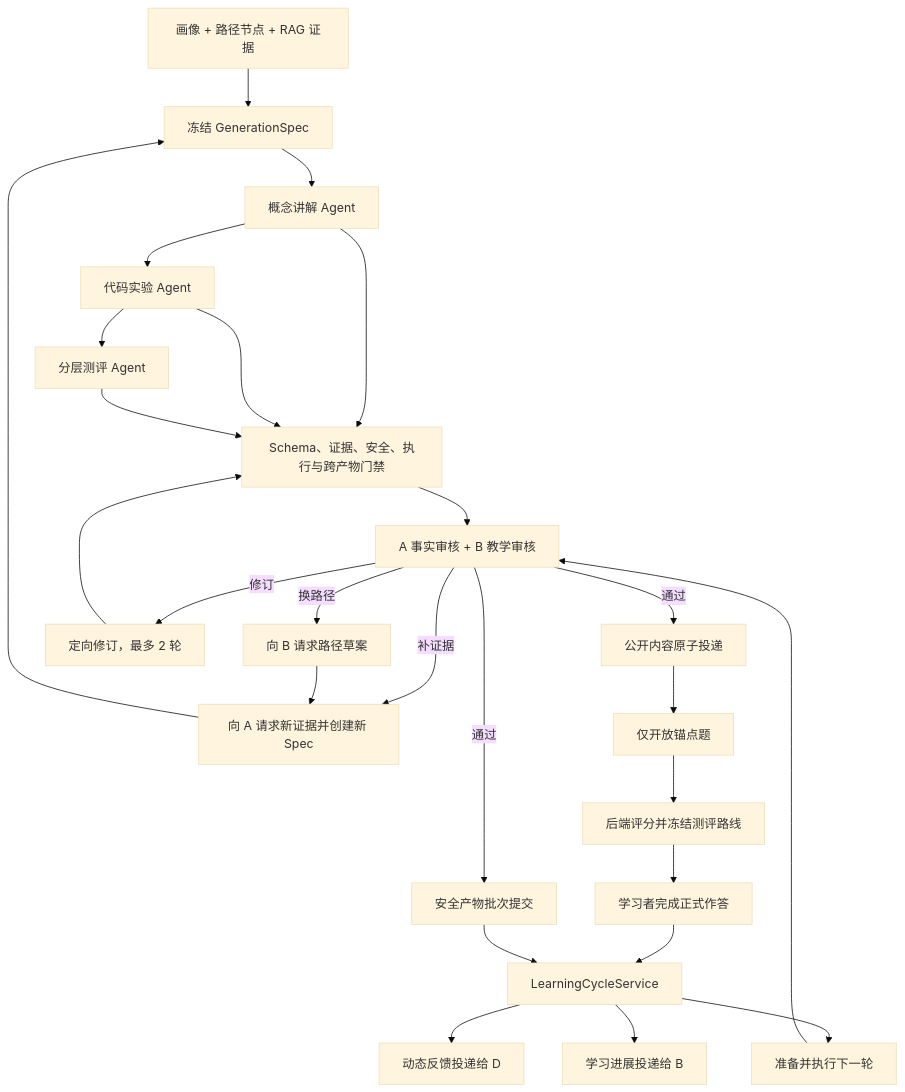
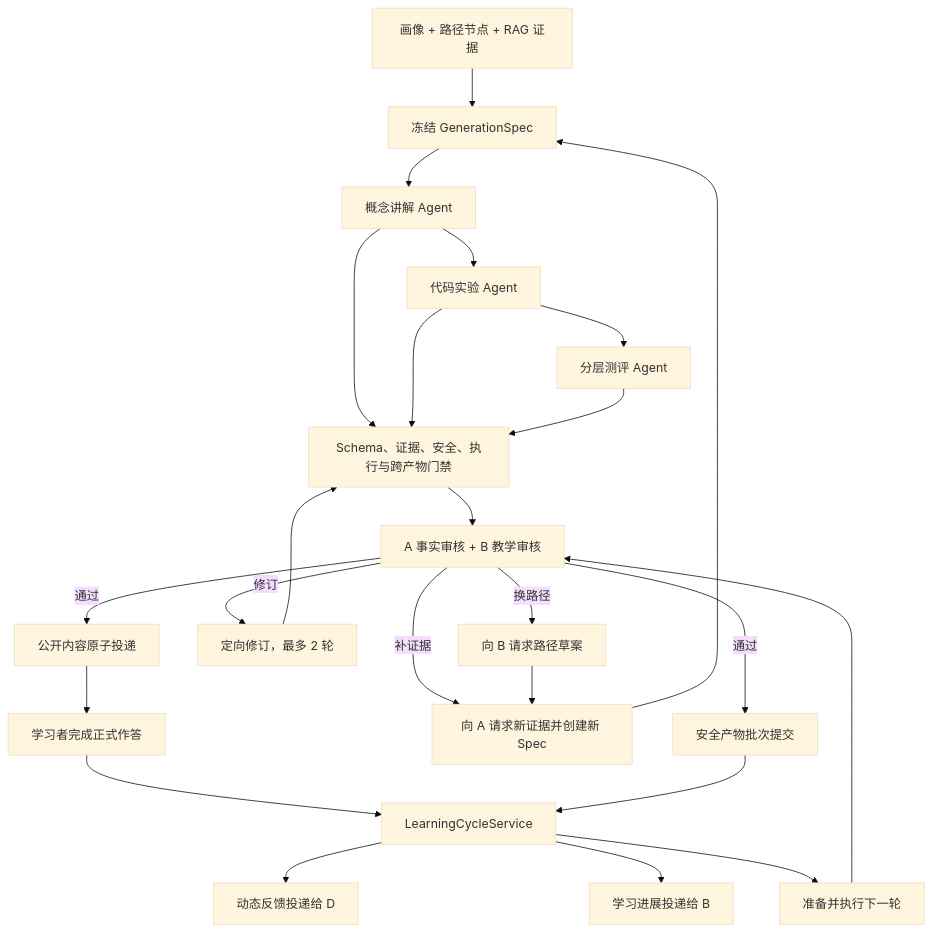
The diagram in docs/role_c_design.md (ZilaiWang/jiebang), drawn with Mermaid (base theme) before and after one commit. The commit also changed other lines of this file and 87 other files, not shown here.

````diff
--- a/docs/role_c_design.md
+++ b/docs/role_c_design.md
@@ -32,28 +45,26 @@
 ```mermaid
 flowchart TD
     I["画像 + 路径节点 + RAG 证据"] --> S["冻结 GenerationSpec"]
     S --> C1["概念讲解 Agent"]
     C1 --> C2["代码实验 Agent"]
     C2 --> C3["分层测评 Agent"]
     C1 --> V["Schema、证据、安全、执行与跨产物门禁"]
     C2 --> V
     C3 --> V
     V --> AB["A 事实审核 + B 教学审核"]
     AB -->|通过| SEC["安全产物批次提交"]
     AB -->|通过| PUB["公开内容原子投递"]
     AB -->|修订| REV["定向修订，最多 2 轮"]
     AB -->|补证据| EA["向 A 请求新证据并创建新 Spec"]
     AB -->|换路径| PB2["向 B 请求路径草案"]
     PB2 --> EA
     EA --> S
     REV --> V
-    PUB --> AN["仅开放锚点题"]
-    AN --> RT["后端评分并冻结测评路线"]
-    RT --> SUB["学习者完成正式作答"]
+    PUB --> SUB["学习者完成正式作答"]
     SUB --> LC["LearningCycleService"]
     SEC --> LC
     LC --> FD["动态反馈投递给 D"]
     LC --> PB["学习进展投递给 B"]
     LC --> NX["准备并执行下一轮"]
     NX --> AB
 ```
````
